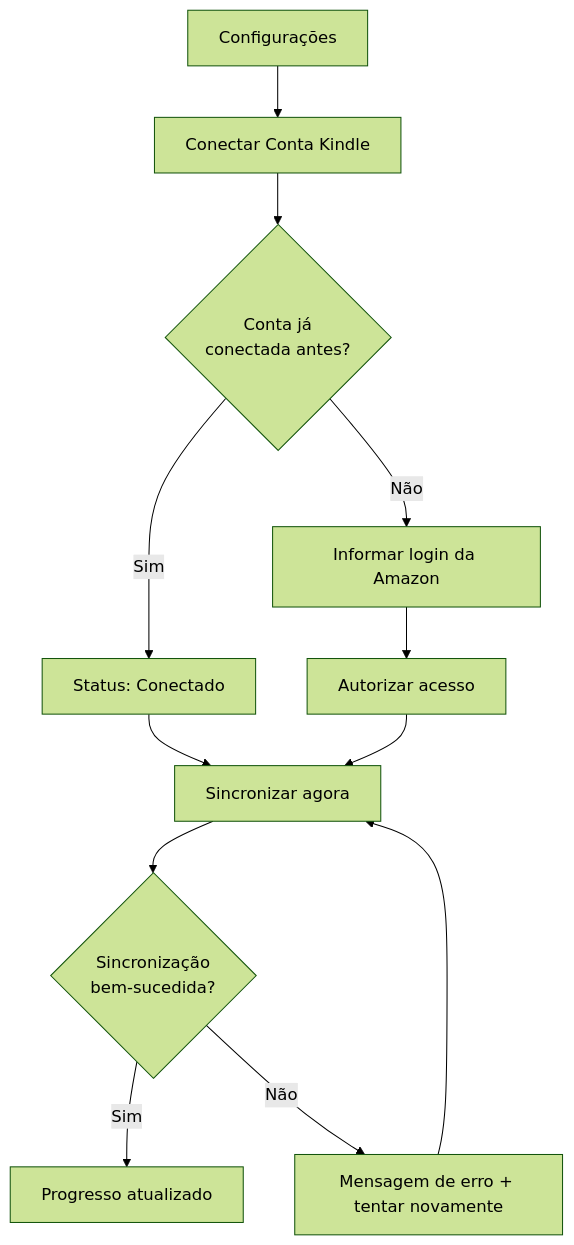
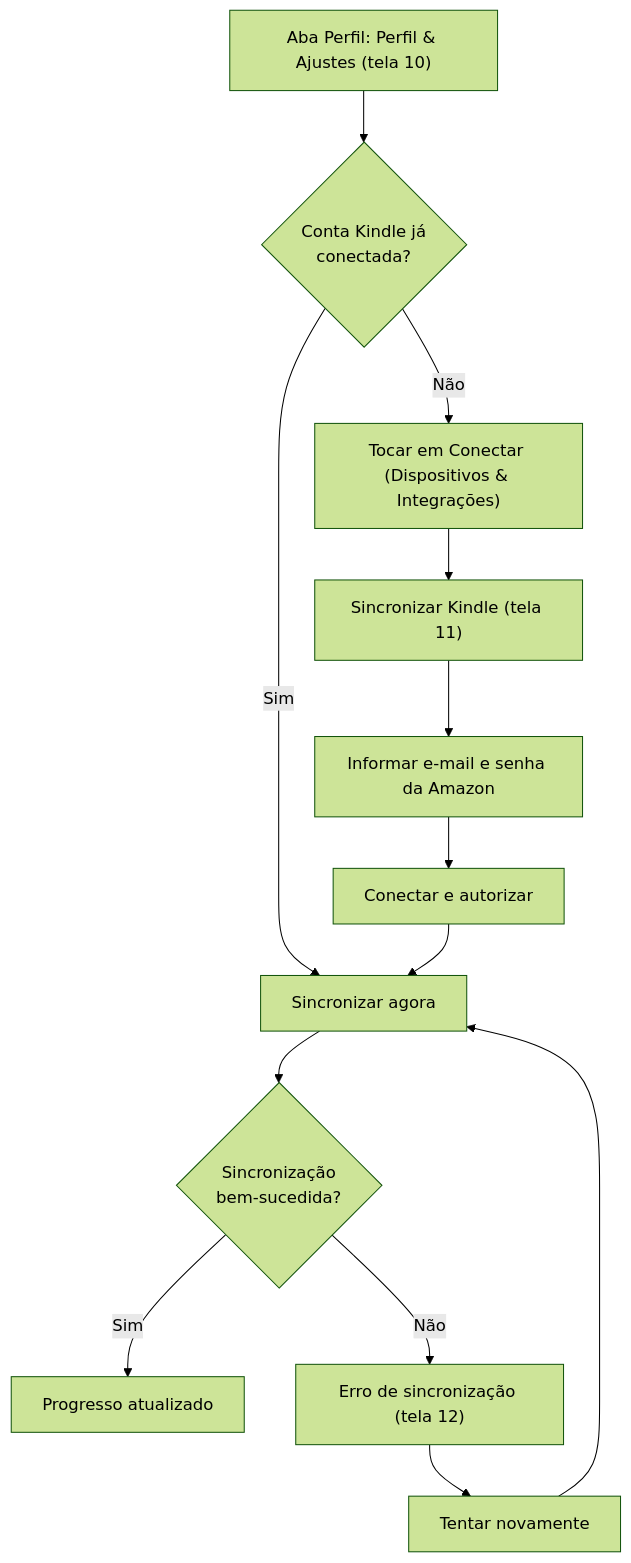
One commit to monyseandra/app-leitura changed the fifth of 5 diagrams in docs/8_arquitetura_fluxo.md. Above: the diagram before and after it, drawn with Mermaid (forest theme). The commit also changed other lines of this file, not shown here.

````diff
--- a/docs/8_arquitetura_fluxo.md
+++ b/docs/8_arquitetura_fluxo.md
@@ -118,14 +155,15 @@
 ```mermaid
 graph TD
-    A[Configurações] --> B[Conectar Conta Kindle]
-    B --> C{Conta já<br/>conectada antes?}
-    C -- Sim --> D[Status: Conectado]
-    D --> E[Sincronizar agora]
-    C -- Não --> F[Informar login da Amazon]
-    F --> G[Autorizar acesso]
-    G --> E
-    E --> H{Sincronização<br/>bem-sucedida?}
-    H -- Sim --> I[Progresso atualizado]
-    H -- Não --> J[Mensagem de erro + tentar novamente]
-    J --> E
+    A["Aba Perfil: Perfil & Ajustes (tela 10)"] --> B{"Conta Kindle já<br/>conectada?"}
+    B -- Sim --> F["Sincronizar agora"]
+    B -- Não --> C["Tocar em Conectar (Dispositivos & Integrações)"]
+    C --> D["Sincronizar Kindle (tela 11)"]
+    D --> D2["Informar e-mail e senha da Amazon"]
+    D2 --> E["Conectar e autorizar"]
+    E --> F
+    F --> G{"Sincronização<br/>bem-sucedida?"}
+    G -- Sim --> H["Progresso atualizado"]
+    G -- Não --> I["Erro de sincronização (tela 12)"]
+    I --> J["Tentar novamente"]
+    J --> F
 ```
````
